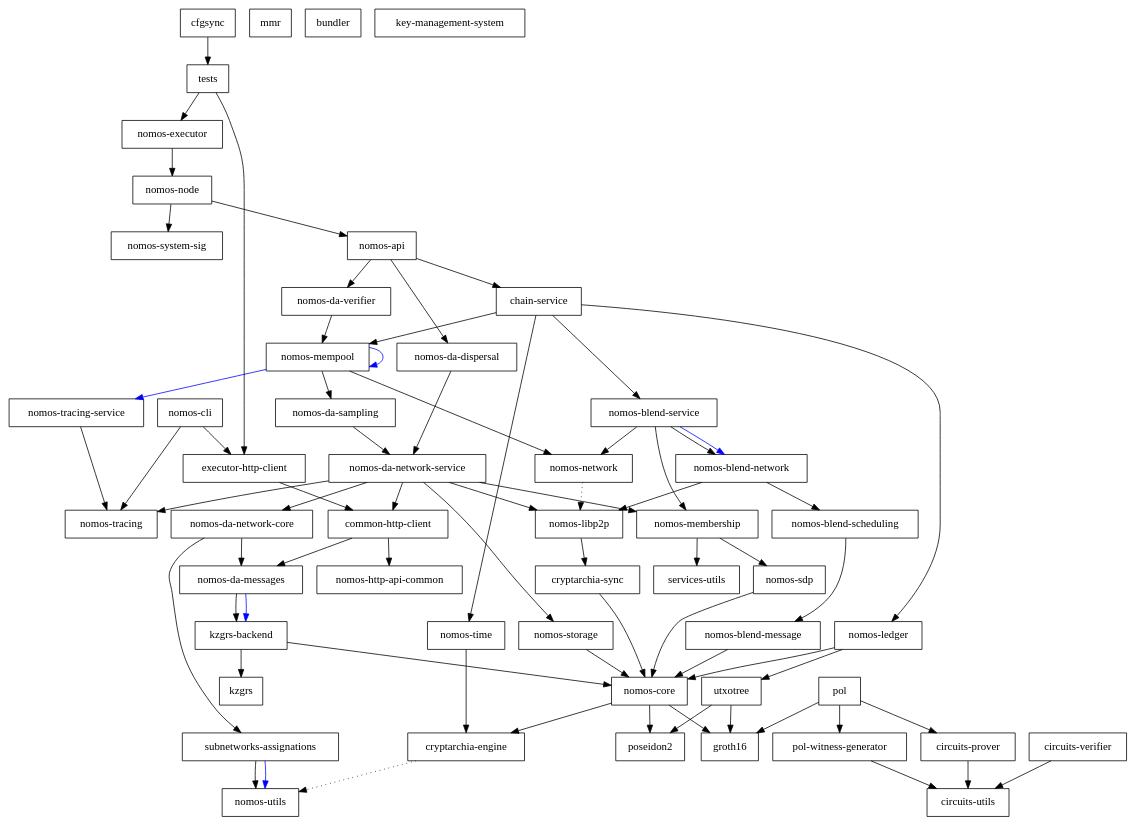
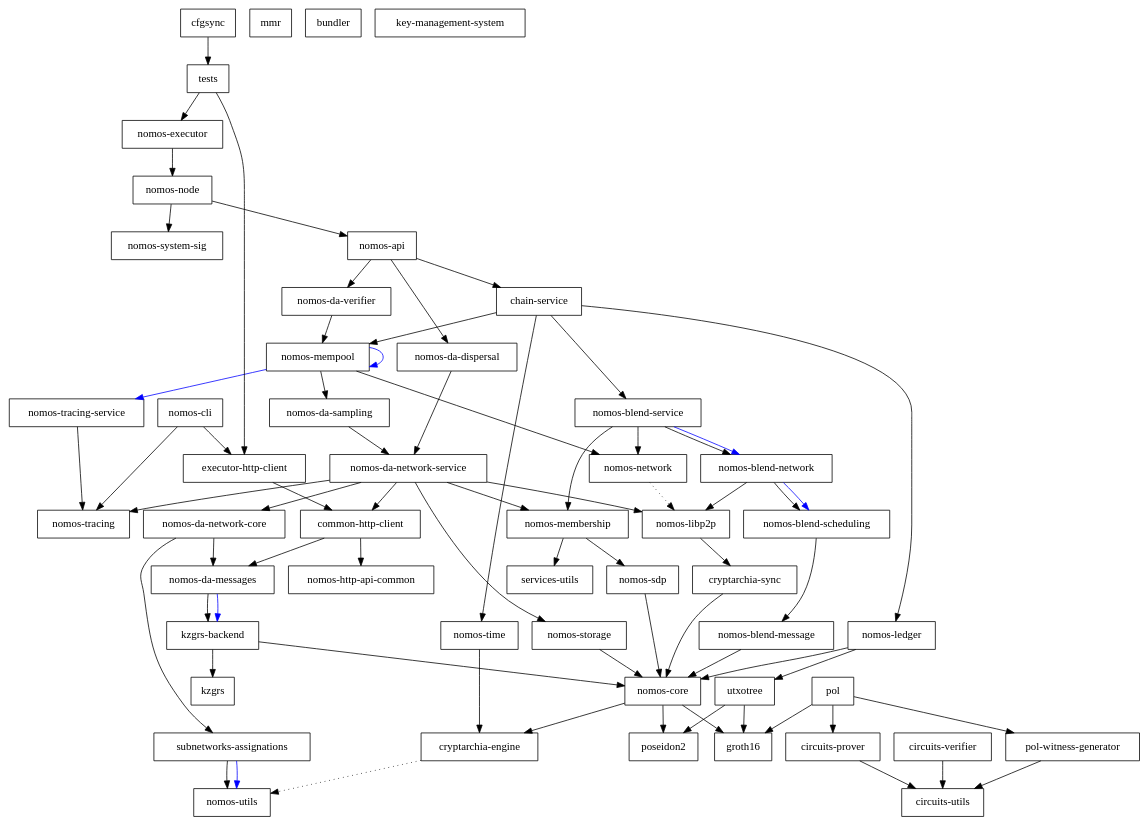
Before and after one commit to Astro521/logos-blockchain: the diagram in dependencies_graph.dot, drawn with Graphviz. The commit also changed 23 other files, not shown here.

```diff
--- a/dependencies_graph.dot
+++ b/dependencies_graph.dot
@@ -1,122 +1,123 @@
 digraph {
     0 [ label = "cryptarchia-engine" shape = box]
     1 [ label = "nomos-utils" shape = box]
     2 [ label = "cryptarchia-sync" shape = box]
     3 [ label = "nomos-core" shape = box]
     4 [ label = "groth16" shape = box]
     5 [ label = "poseidon2" shape = box]
     6 [ label = "nomos-ledger" shape = box]
     7 [ label = "utxotree" shape = box]
     8 [ label = "mmr" shape = box]
     9 [ label = "nomos-http-api-common" shape = box]
     10 [ label = "nomos-executor" shape = box]
     11 [ label = "kzgrs-backend" shape = box]
     12 [ label = "kzgrs" shape = box]
     13 [ label = "nomos-api" shape = box]
     14 [ label = "chain-service" shape = box]
     15 [ label = "nomos-blend-service" shape = box]
     16 [ label = "nomos-blend-message" shape = box]
     17 [ label = "nomos-blend-network" shape = box]
     18 [ label = "nomos-blend-scheduling" shape = box]
     19 [ label = "nomos-libp2p" shape = box]
     20 [ label = "nomos-membership" shape = box]
     21 [ label = "nomos-sdp" shape = box]
     22 [ label = "services-utils" shape = box]
     23 [ label = "nomos-network" shape = box]
     24 [ label = "nomos-da-sampling" shape = box]
     25 [ label = "nomos-da-network-core" shape = box]
     26 [ label = "nomos-da-messages" shape = box]
     27 [ label = "subnetworks-assignations" shape = box]
     28 [ label = "nomos-da-network-service" shape = box]
     29 [ label = "common-http-client" shape = box]
     30 [ label = "nomos-storage" shape = box]
     31 [ label = "nomos-tracing" shape = box]
     32 [ label = "nomos-mempool" shape = box]
     33 [ label = "nomos-tracing-service" shape = box]
     34 [ label = "nomos-time" shape = box]
     35 [ label = "nomos-da-dispersal" shape = box]
     36 [ label = "nomos-da-verifier" shape = box]
     37 [ label = "nomos-node" shape = box]
     38 [ label = "nomos-system-sig" shape = box]
     39 [ label = "executor-http-client" shape = box]
     40 [ label = "bundler" shape = box]
     41 [ label = "nomos-cli" shape = box]
     42 [ label = "key-management-system" shape = box]
     43 [ label = "cfgsync" shape = box]
     44 [ label = "tests" shape = box]
     45 [ label = "circuits-prover" shape = box]
     46 [ label = "circuits-utils" shape = box]
     47 [ label = "circuits-verifier" shape = box]
     48 [ label = "pol-witness-generator" shape = box]
     49 [ label = "pol" shape = box]
     0 -> 1 [ style = dotted]
     2 -> 3 [ ]
     3 -> 0 [ ]
     3 -> 4 [ ]
     3 -> 5 [ ]
     6 -> 3 [ ]
     6 -> 7 [ ]
     7 -> 4 [ ]
     7 -> 5 [ ]
     10 -> 37 [ ]
     11 -> 12 [ ]
     11 -> 3 [ ]
     13 -> 14 [ ]
     13 -> 35 [ ]
     13 -> 36 [ ]
     14 -> 15 [ ]
     14 -> 6 [ ]
     14 -> 32 [ ]
     14 -> 34 [ ]
     15 -> 17 [ ]
     15 -> 17 [ color = blue]
     15 -> 20 [ ]
     15 -> 23 [ ]
     16 -> 3 [ ]
     17 -> 18 [ ]
+    17 -> 18 [ color = blue]
     17 -> 19 [ ]
     18 -> 16 [ ]
     19 -> 2 [ ]
     20 -> 21 [ ]
     20 -> 22 [ ]
     21 -> 3 [ ]
     23 -> 19 [ style = dotted]
     24 -> 28 [ ]
     25 -> 26 [ ]
     25 -> 27 [ ]
     26 -> 11 [ ]
     26 -> 11 [ color = blue]
     27 -> 1 [ ]
     27 -> 1 [ color = blue]
     28 -> 29 [ ]
     28 -> 25 [ ]
     28 -> 19 [ ]
     28 -> 20 [ ]
     28 -> 30 [ ]
     28 -> 31 [ ]
     29 -> 26 [ ]
     29 -> 9 [ ]
     30 -> 3 [ ]
     32 -> 24 [ ]
     32 -> 32 [ color = blue]
     32 -> 23 [ ]
     32 -> 33 [ color = blue]
     33 -> 31 [ ]
     34 -> 0 [ ]
     35 -> 28 [ ]
     36 -> 32 [ ]
     37 -> 13 [ ]
     37 -> 38 [ ]
     39 -> 29 [ ]
     41 -> 39 [ ]
     41 -> 31 [ ]
     43 -> 44 [ ]
     44 -> 39 [ ]
     44 -> 10 [ ]
     45 -> 46 [ ]
     47 -> 46 [ ]
     48 -> 46 [ ]
     49 -> 45 [ ]
     49 -> 4 [ ]
     49 -> 48 [ ]
 }
```
